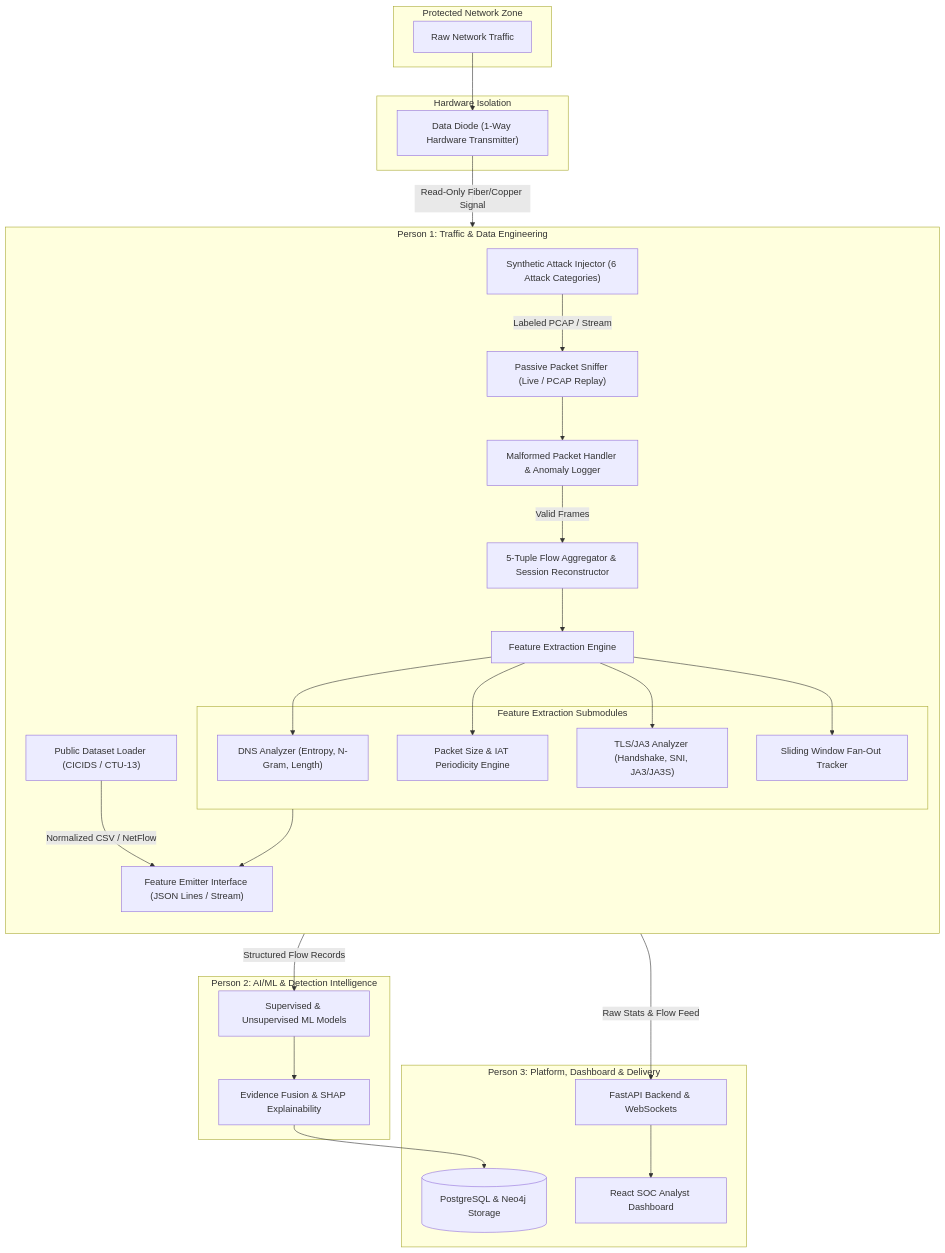
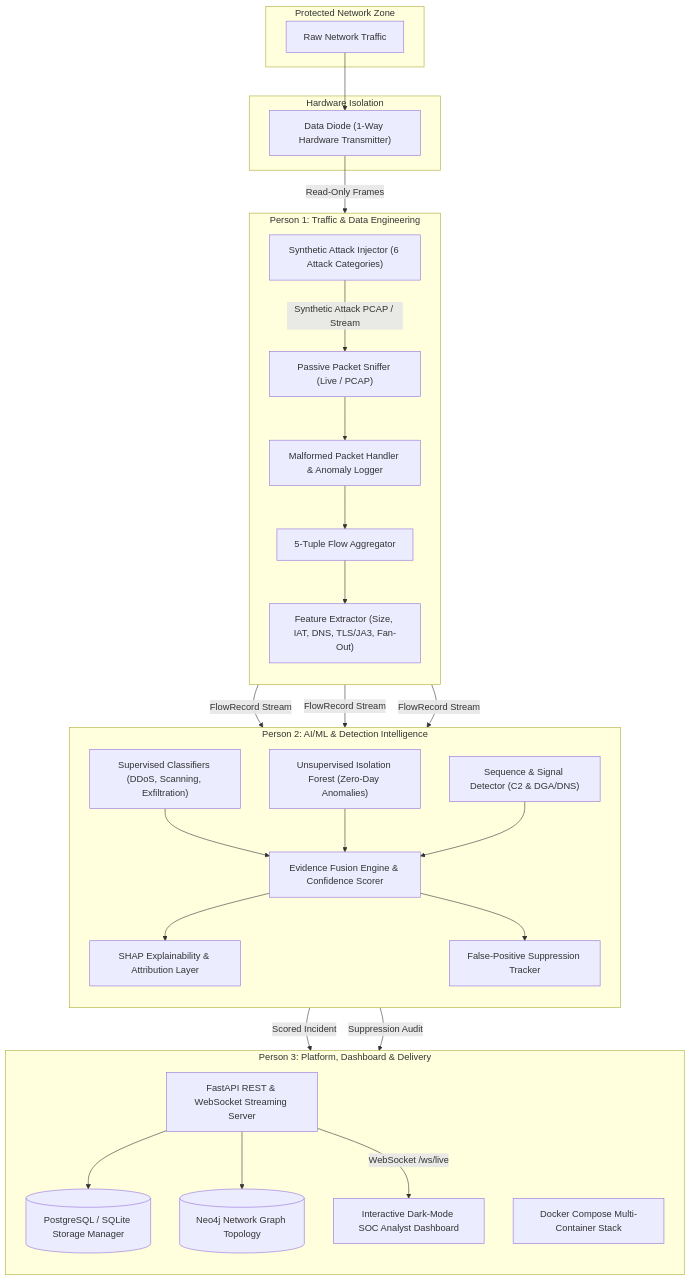
Before and after one commit to nayefsiddique-eng/Uni-Directional-IP: the diagram in README.md, drawn with Mermaid. The commit also changed other lines of this file and 17 other files, not shown here.

Commit message:
feat: Complete 3-Person integrated architecture (AI/ML Detection Engine, Evidence Fusion, SHAP Explainability, FastAPI Backend, & Web SOC Dashboard)

````diff
--- a/README.md
+++ b/README.md
@@ -23,61 +21,64 @@
 ```mermaid
 flowchart TD
     subgraph ProtectedNetwork["Protected Network Zone"]
         PN[Raw Network Traffic]
     end
 
     subgraph HardwareDiode["Hardware Isolation"]
         DD["Data Diode (1-Way Hardware Transmitter)"]
     end
 
-    subgraph ModulePerson1["Person 1: Traffic & Data Engineering"]
+    subgraph Person1["Person 1: Traffic & Data Engineering"]
         direction TB
-        PS["Passive Packet Sniffer (Live / PCAP Replay)"]
+        PS["Passive Packet Sniffer (Live / PCAP)"]
         MH["Malformed Packet Handler & Anomaly Logger"]
-        FA["5-Tuple Flow Aggregator & Session Reconstructor"]
-        FE["Feature Extraction Engine"]
-        
-        subgraph ExtractorSubmodules["Feature Extraction Submodules"]
-            DA["DNS Analyzer (Entropy, N-Gram, Length)"]
-            TA["TLS/JA3 Analyzer (Handshake, SNI, JA3/JA3S)"]
-            ST["Packet Size & IAT Periodicity Engine"]
-            FO["Sliding Window Fan-Out Tracker"]
-        end
-
+        FA["5-Tuple Flow Aggregator"]
+        FE["Feature Extractor (Size, IAT, DNS, TLS/JA3, Fan-Out)"]
         SAI["Synthetic Attack Injector (6 Attack Categories)"]
-        DL["Public Dataset Loader (CICIDS / CTU-13)"]
-        FEM["Feature Emitter Interface (JSON Lines / Stream)"]
     end
 
-    subgraph ModulePerson2["Person 2: AI/ML & Detection Intelligence"]
-        ML["Supervised & Unsupervised ML Models"]
-        EF["Evidence Fusion & SHAP Explainability"]
+    subgraph Person2["Person 2: AI/ML & Detection Intelligence"]
+        direction TB
+        SD["Supervised Classifiers (DDoS, Scanning, Exfiltration)"]
+        UD["Unsupervised Isolation Forest (Zero-Day Anomalies)"]
+        SEQ["Sequence & Signal Detector (C2 & DGA/DNS)"]
+        EFE["Evidence Fusion Engine & Confidence Scorer"]
+        SHAP["SHAP Explainability & Attribution Layer"]
+        FPS["False-Positive Suppression Tracker"]
     end
 
-    subgraph ModulePerson3["Person 3: Platform, Dashboard & Delivery"]
-        API["FastAPI Backend & WebSockets"]
-        DB[("PostgreSQL & Neo4j Storage")]
-        DASH["React SOC Analyst Dashboard"]
+    subgraph Person3["Person 3: Platform, Dashboard & Delivery"]
+        direction TB
+        API["FastAPI REST & WebSocket Streaming Server"]
+        DB[("PostgreSQL / SQLite Storage Manager")]
+        NEO[("Neo4j Network Graph Topology")]
+        DASH["Interactive Dark-Mode SOC Analyst Dashboard"]
+        DC["Docker Compose Multi-Container Stack"]
     end
 
     PN --> DD
-    DD -->|Read-Only Fiber/Copper Signal| PS
-    SAI -->|Labeled PCAP / Stream| PS
-    DL -->|Normalized CSV / NetFlow| FEM
+    DD -->|Read-Only Frames| PS
+    SAI -->|Synthetic Attack PCAP / Stream| PS
     
     PS --> MH
-    MH -->|Valid Frames| FA
+    MH --> FA
     FA --> FE
     
-    FE --> ST
-    FE --> DA
-    FE --> TA
-    FE --> FO
+    FE -->|FlowRecord Stream| SD
+    FE -->|FlowRecord Stream| UD
+    FE -->|FlowRecord Stream| SEQ
     
-    ExtractorSubmodules --> FEM
-    FEM -->|Structured Flow Records| ML
-    FEM -->|Raw Stats & Flow Feed| API
-    ML --> EF
-    EF --> DB
-    API --> DASH
+    SD --> EFE
+    UD --> EFE
+    SEQ --> EFE
+    
+    EFE --> SHAP
+    EFE --> FPS
+    
+    SHAP -->|Scored Incident| API
+    FPS -->|Suppression Audit| API
+    
+    API --> DB
+    API --> NEO
+    API -->|WebSocket /ws/live| DASH
 ```
````
